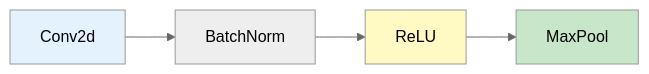
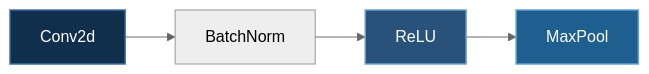
Diagram 12 of 14 in docusaurus-docs/docs/tutorials/basic/convnet.md (yiqiao-yin/deepspeed-course), drawn with Mermaid (neutral theme) before and after one commit. The commit also changed other lines of this file and 12 other files, not shown here.

````diff
--- a/docusaurus-docs/docs/tutorials/basic/convnet.md
+++ b/docusaurus-docs/docs/tutorials/basic/convnet.md
@@ -579,8 +579,8 @@
 ```mermaid
 flowchart LR
     CONV["Conv2d"] --> BN["BatchNorm"] --> RELU["ReLU"] --> POOL["MaxPool"]
 
-    style CONV fill:#e3f2fd
-    style RELU fill:#fff9c4
-    style POOL fill:#c8e6c9
+    style CONV fill:#0f2f4d,stroke:#3f6f9f,stroke-width:1.5px,color:#ffffff
+    style RELU fill:#28527a,stroke:#6aa2cd,stroke-width:1.5px,color:#ffffff
+    style POOL fill:#1e5f8f,stroke:#63a3d0,stroke-width:1.5px,color:#ffffff
 ```
````
